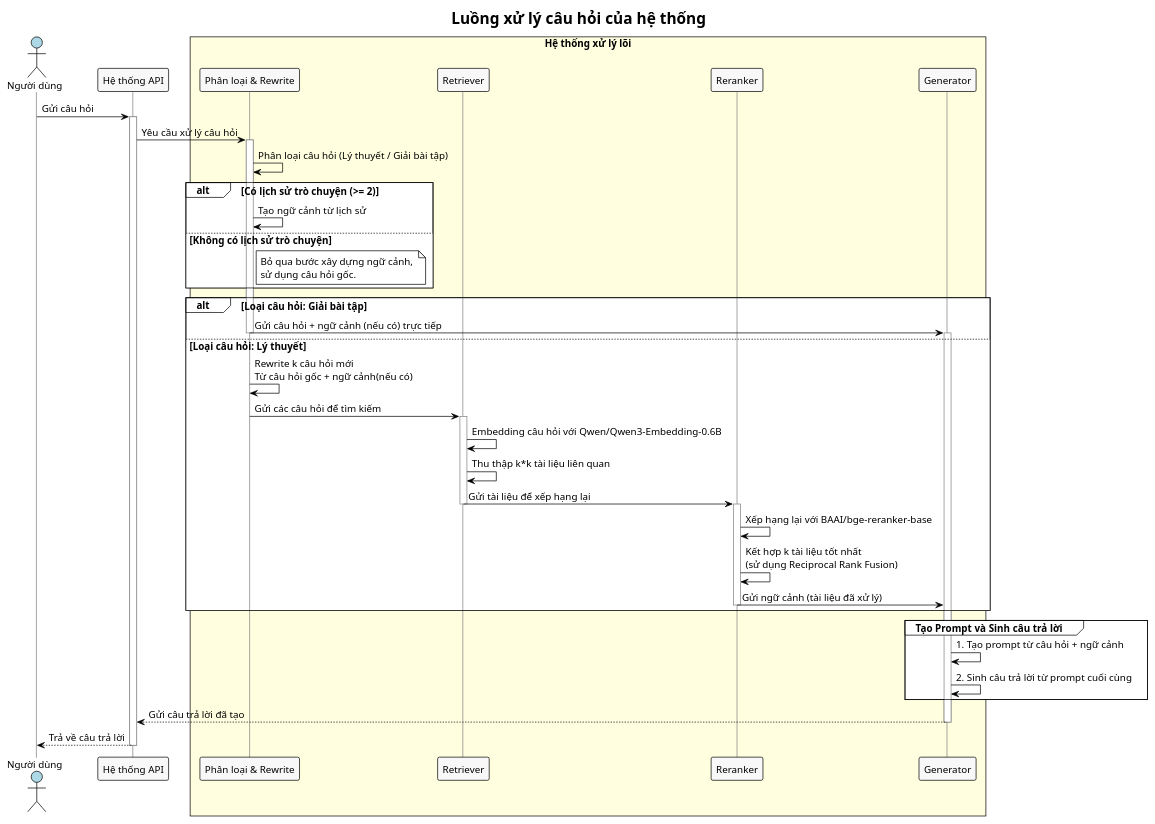
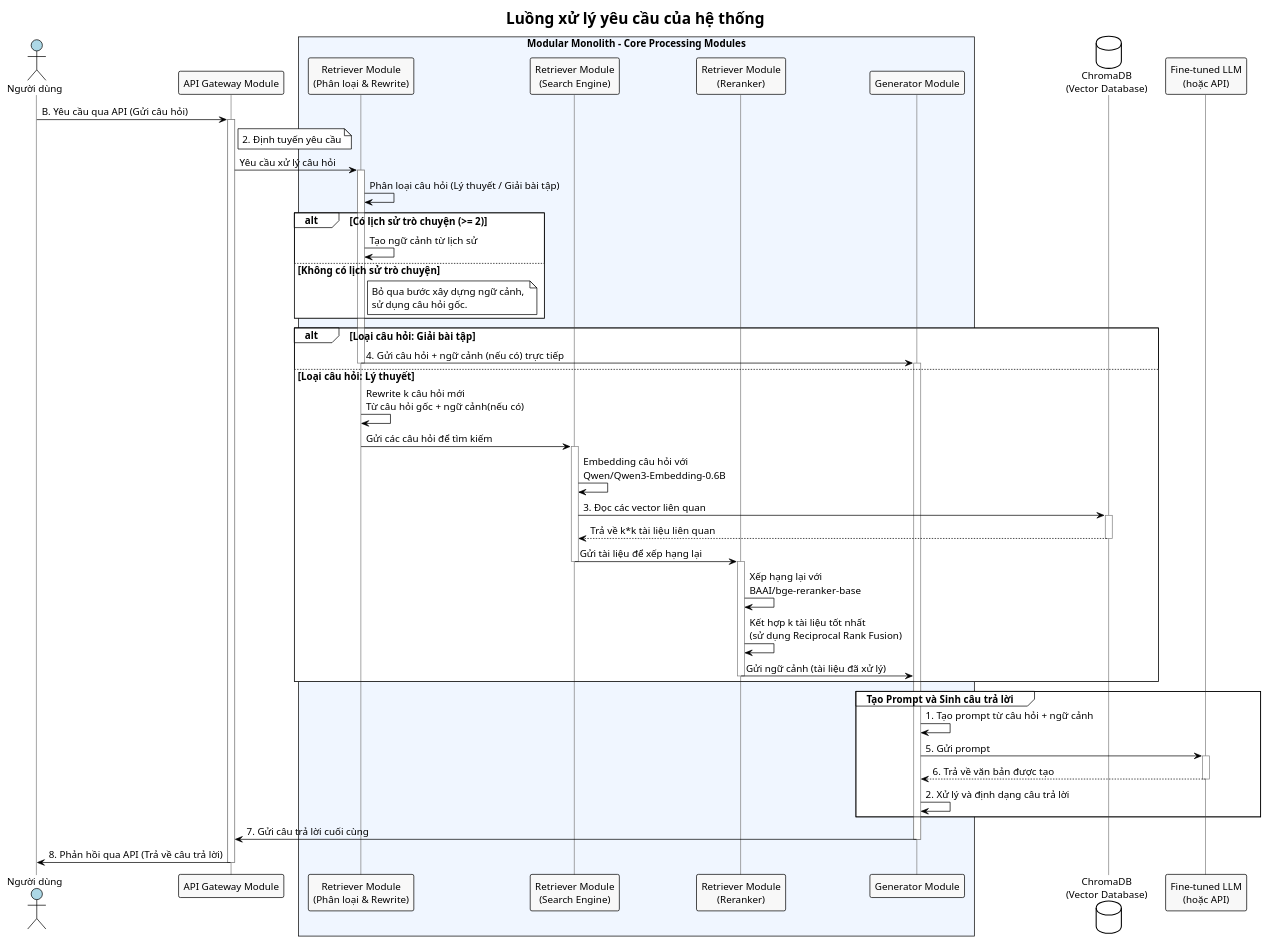
One commit to hiepnguyen-99/RAG-Solve-Math changed the diagram in diagram/system_workflow.plantuml. Above: the diagram before and after it, drawn with PlantUML.

Commit message:
sửa

```diff
--- a/diagram/system_workflow.plantuml
+++ b/diagram/system_workflow.plantuml
@@ -1,74 +1,89 @@
-@startuml Luồng Xử Lý Câu Hỏi
+@startuml Luồng Xử Lý Câu Hỏi - Modular Monolith
 !theme plain
 skinparam defaultFontName "Arial"
 skinparam defaultFontSize 14
 skinparam sequenceActorBorderColor black
 skinparam sequenceParticipantBorderColor black
 skinparam sequenceArrowColor black
 skinparam sequenceLifeLineBorderColor gray
 skinparam actorBackgroundColor #ADD8E6
 skinparam participantBackgroundColor #F8F8F8
 
-title Luồng xử lý câu hỏi của hệ thống
+title Luồng xử lý yêu cầu của hệ thống
 
 actor "Người dùng" as User
-participant "Hệ thống API" as API
-box "Hệ thống xử lý lõi" #LightYellow
-    participant "Phân loại & Rewrite" as ClassRewrite
-    participant "Retriever" as Retriever
-    participant "Reranker" as Reranker
-    participant "Generator" as Generator
+participant "API Gateway Module" as APIGateway
+box "Modular Monolith - Core Processing Modules" #F0F6FF
+    participant "Retriever Module\n(Phân loại & Rewrite)" as RetrieverModule
+    participant "Retriever Module\n(Search Engine)" as SearchEngine  
+    participant "Retriever Module\n(Reranker)" as Reranker
+    participant "Generator Module" as GeneratorModule
 end box
+database "ChromaDB\n(Vector Database)" as ChromaDB
+participant "Fine-tuned LLM\n(hoặc API)" as LLM
 
-User -> API : Gửi câu hỏi
-activate API
 
-API -> ClassRewrite : Yêu cầu xử lý câu hỏi
-activate ClassRewrite
+User -> APIGateway : B. Yêu cầu qua API (Gửi câu hỏi)
+activate APIGateway
+note right of APIGateway : 2. Định tuyến yêu cầu
 
-ClassRewrite -> ClassRewrite : Phân loại câu hỏi (Lý thuyết / Giải bài tập)
+APIGateway -> RetrieverModule : Yêu cầu xử lý câu hỏi
+activate RetrieverModule
+
+RetrieverModule -> RetrieverModule : Phân loại câu hỏi (Lý thuyết / Giải bài tập)
 
 ' Xây dựng ngữ cảnh từ lịch sử cho cả hai loại
 alt Có lịch sử trò chuyện (>= 2)
-    ClassRewrite -> ClassRewrite : Tạo ngữ cảnh từ lịch sử
+    RetrieverModule -> RetrieverModule : Tạo ngữ cảnh từ lịch sử
 else Không có lịch sử trò chuyện
-    note right of ClassRewrite : Bỏ qua bước xây dựng ngữ cảnh, \nsử dụng câu hỏi gốc.
+    note right of RetrieverModule : Bỏ qua bước xây dựng ngữ cảnh, \nsử dụng câu hỏi gốc.
 end
 
 alt Loại câu hỏi: Giải bài tập
-    ClassRewrite -> Generator : Gửi câu hỏi + ngữ cảnh (nếu có) trực tiếp
-    deactivate ClassRewrite
-    activate Generator
+    RetrieverModule -> GeneratorModule : 4. Gửi câu hỏi + ngữ cảnh (nếu có) trực tiếp
+    deactivate RetrieverModule
+    activate GeneratorModule
 
 else Loại câu hỏi: Lý thuyết
-    ClassRewrite -> ClassRewrite : Rewrite k câu hỏi mới \nTừ câu hỏi gốc + ngữ cảnh(nếu có)
+    RetrieverModule -> RetrieverModule : Rewrite k câu hỏi mới \nTừ câu hỏi gốc + ngữ cảnh(nếu có)
 
-    ClassRewrite -> Retriever : Gửi các câu hỏi để tìm kiếm
-    deactivate ClassRewrite
-    activate Retriever
+    RetrieverModule -> SearchEngine : Gửi các câu hỏi để tìm kiếm
+    deactivate RetrieverModule
+    activate SearchEngine
 
-    Retriever -> Retriever : Embedding câu hỏi với Qwen/Qwen3-Embedding-0.6B
-    Retriever -> Retriever : Thu thập k*k tài liệu liên quan
-    Retriever -> Reranker : Gửi tài liệu để xếp hạng lại
-    deactivate Retriever
+    SearchEngine -> SearchEngine : Embedding câu hỏi với\nQwen/Qwen3-Embedding-0.6B
+    
+    SearchEngine -> ChromaDB : 3. Đọc các vector liên quan
+    activate ChromaDB
+    ChromaDB --> SearchEngine : Trả về k*k tài liệu liên quan  
+    deactivate ChromaDB
+
+    SearchEngine -> Reranker : Gửi tài liệu để xếp hạng lại
+    deactivate SearchEngine
     activate Reranker
 
-    Reranker -> Reranker : Xếp hạng lại với BAAI/bge-reranker-base
+    Reranker -> Reranker : Xếp hạng lại với\nBAAI/bge-reranker-base
     Reranker -> Reranker : Kết hợp k tài liệu tốt nhất\n(sử dụng Reciprocal Rank Fusion)
 
-    Reranker -> Generator : Gửi ngữ cảnh (tài liệu đã xử lý)
+    Reranker -> GeneratorModule : Gửi ngữ cảnh (tài liệu đã xử lý)
     deactivate Reranker
 end
 
 group Tạo Prompt và Sinh câu trả lời
-    Generator -> Generator : 1. Tạo prompt từ câu hỏi + ngữ cảnh
-    Generator -> Generator : 2. Sinh câu trả lời từ prompt cuối cùng
+    GeneratorModule -> GeneratorModule : 1. Tạo prompt từ câu hỏi + ngữ cảnh
+    
+    GeneratorModule -> LLM : 5. Gửi prompt
+    activate LLM
+    LLM --> GeneratorModule : 6. Trả về văn bản được tạo
+    deactivate LLM
+    
+    GeneratorModule -> GeneratorModule : 2. Xử lý và định dạng câu trả lời
 end
 
-Generator --> API : Gửi câu trả lời đã tạo
-deactivate Generator
+GeneratorModule -> APIGateway : 7. Gửi câu trả lời cuối cùng
+deactivate GeneratorModule
 
-API --> User : Trả về câu trả lời
-deactivate API
+APIGateway -> User : 8. Phản hồi qua API (Trả về câu trả lời)
+deactivate APIGateway
 
 @enduml
```
